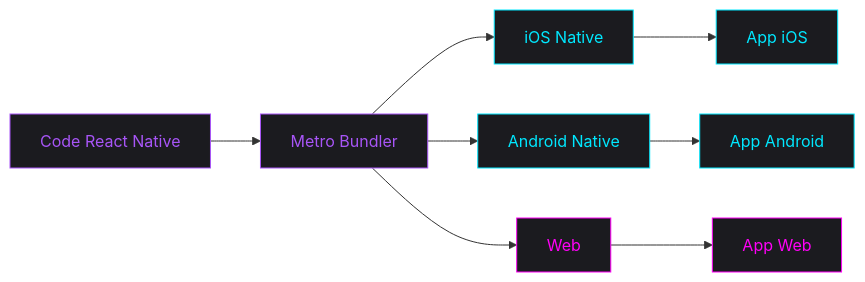
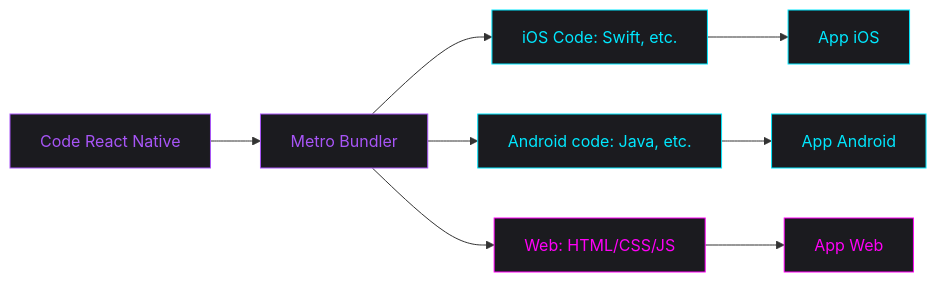
Before and after one commit to kimchouard/Universal-Beat-Play---Talk-Slideck: the diagram in slides.md, drawn with Mermaid. The commit also changed other lines of this file and 1 other file, not shown here.

````diff
--- a/slides.md
+++ b/slides.md
@@ -263,19 +267,19 @@
 ```mermaid
 graph LR
     A[Code React Native] --> B[Metro Bundler]
-    B --> C[iOS Native]
-    B --> D[Android Native]
-    B --> E[Web]
+    B --> C[iOS Code: Swift, etc.]
+    B --> D[Android code: Java, etc.]
+    B --> E[Web: HTML/CSS/JS]
     C --> F[App iOS]
     D --> G[App Android]
     E --> H[App Web]
 
     style A fill:#1B1B1F,stroke:#A855F7,color:#A855F7
     style B fill:#1B1B1F,stroke:#A855F7,color:#A855F7
     style C fill:#1B1B1F,stroke:#00E8FF,color:#00E8FF
     style D fill:#1B1B1F,stroke:#00E8FF,color:#00E8FF
     style E fill:#1B1B1F,stroke:#FF00F7,color:#FF00F7
     style F fill:#1B1B1F,stroke:#00E8FF,color:#00E8FF
     style G fill:#1B1B1F,stroke:#00E8FF,color:#00E8FF
     style H fill:#1B1B1F,stroke:#FF00F7,color:#FF00F7
 ```
````
